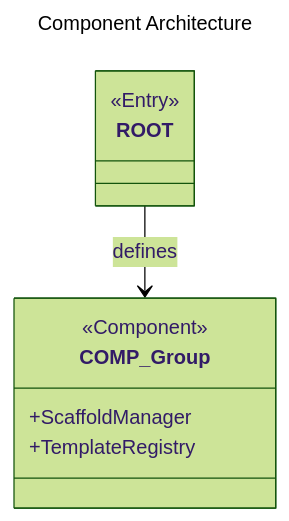
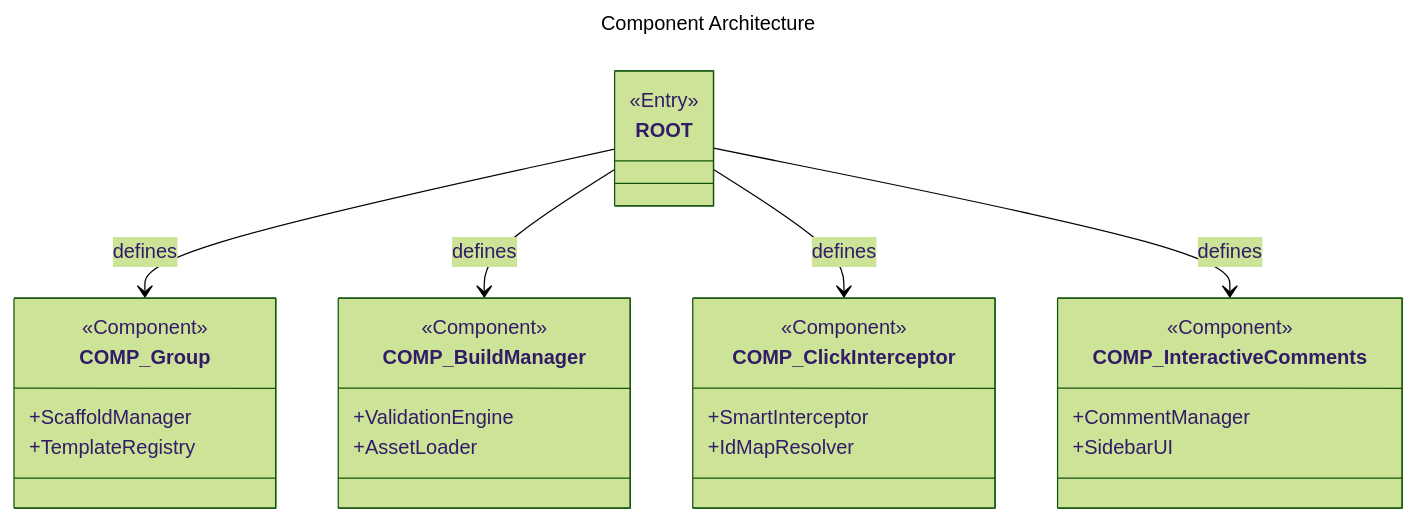
One commit to futurefoundai/foundryspec changed the diagram in foundryspec/assets/components/components.mermaid. Above: the diagram before and after it, drawn with Mermaid (forest theme). The commit also changed 13 other files, not shown here.

Commit message:
feat: Implement Path Integrity, Interactive Comments, and Deterministic Project IDs

```diff
--- a/foundryspec/assets/components/components.mermaid
+++ b/foundryspec/assets/components/components.mermaid
@@ -1,24 +1,55 @@
 ---
 id: "COMP_Overview"
 title: Component Architecture
 description: Detailed decomposition of the FoundrySpec engine components.
 uplink: "ROOT"
 requirements:
   - "REQ_NonFunctional"
 entities:
   - id: "COMP_Group"
     uplink: "REQ_NonFunctional"
+  - id: "COMP_ClickInterceptor"
+    uplink: "REQ_Functional"
+  - id: "COMP_InteractiveComments"
+    uplink: "REQ_InteractiveComments"
+    requirements:
+      - "REQ_InteractiveComments"
+  - id: "COMP_BuildManager"
+    uplink: "REQ_PathIntegrity"
+    requirements:
+      - "REQ_PathIntegrity"
 ---
 
 classDiagram
     class COMP_Group {
         <<Component>>
         +ScaffoldManager
         +TemplateRegistry
     }
+
+    class COMP_BuildManager {
+        <<Component>>
+        +ValidationEngine
+        +AssetLoader
+    }
+
+    class COMP_ClickInterceptor {
+        <<Component>>
+        +SmartInterceptor
+        +IdMapResolver
+    }
+
+    class COMP_InteractiveComments {
+        <<Component>>
+        +CommentManager
+        +SidebarUI
+    }
     
     class ROOT {
         <<Entry>>
     }
     
     ROOT --> COMP_Group : defines
+    ROOT --> COMP_BuildManager : defines
+    ROOT --> COMP_ClickInterceptor : defines
+    ROOT --> COMP_InteractiveComments : defines
```
